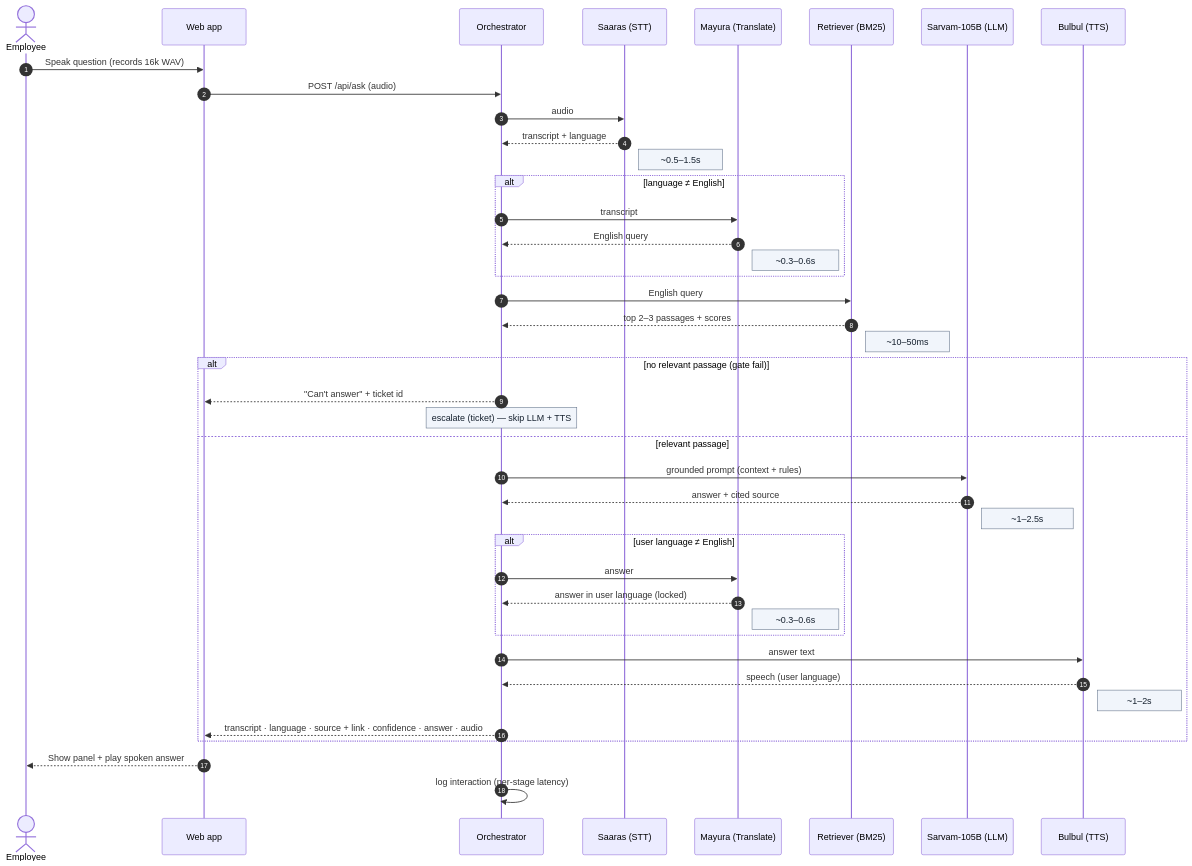
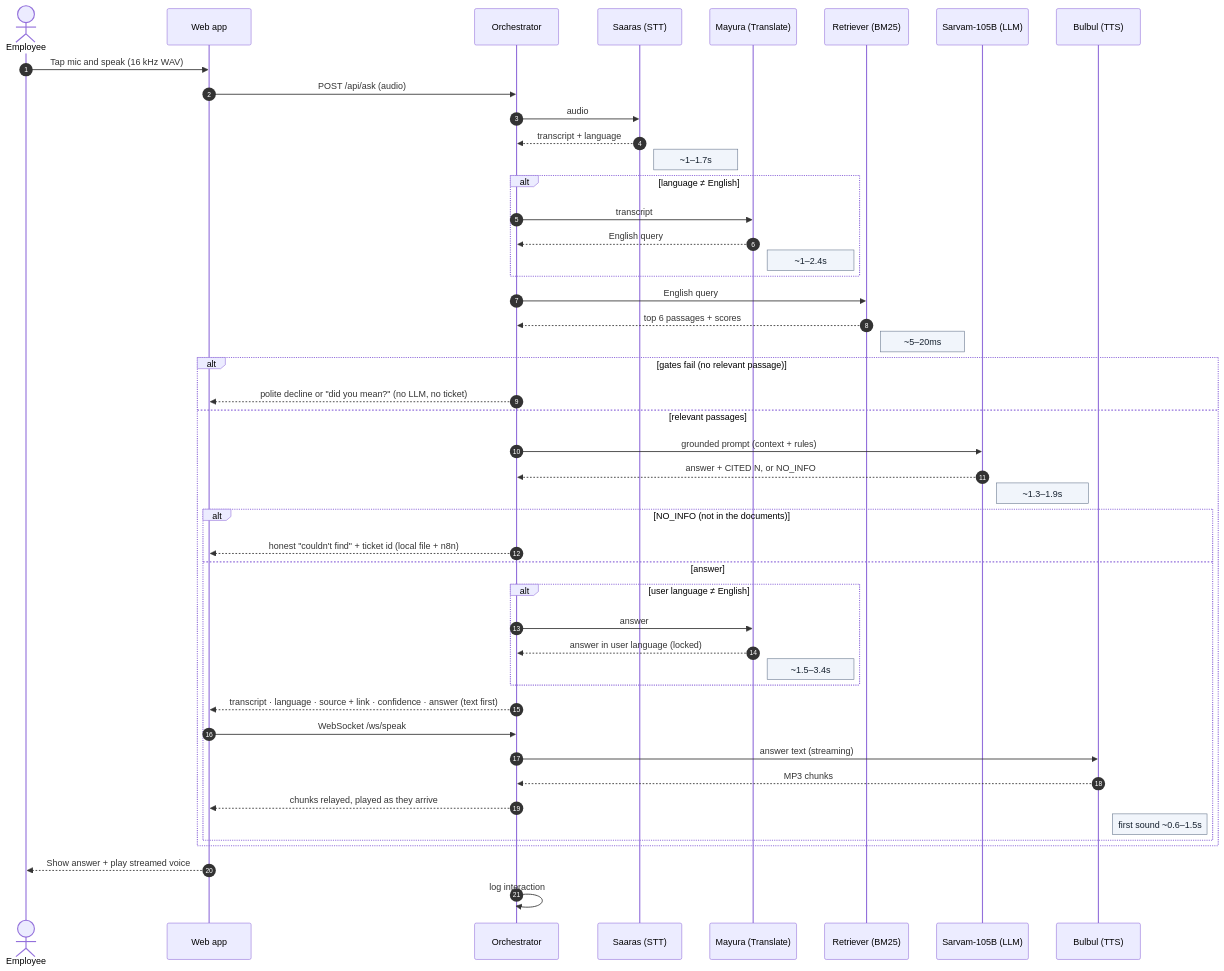
One commit to vihb09/pnb-sahayak changed the third of 6 diagrams in docs/architecture.md. Above: the diagram before and after it, drawn with Mermaid. The commit also changed other lines of this file and 8 other files, not shown here.

First line of the commit message:
Docs: bring diagrams, architecture doc, README and decks up to date

````diff
--- a/docs/architecture.md
+++ b/docs/architecture.md
@@ -150,46 +155,51 @@
 ```mermaid
 %%{init: {'themeVariables': {'noteBkgColor':'#F1F5FB','noteBorderColor':'#64748B','noteTextColor':'#15202E'}}}%%
 sequenceDiagram
     autonumber
     actor E as Employee
     participant W as Web app
     participant O as Orchestrator
     participant S as Saaras (STT)
     participant M as Mayura (Translate)
     participant R as Retriever (BM25)
     participant L as Sarvam-105B (LLM)
     participant B as Bulbul (TTS)
 
-    E->>W: Speak question (records 16k WAV)
+    E->>W: Tap mic and speak (16 kHz WAV)
     W->>O: POST /api/ask (audio)
     O->>S: audio
     S-->>O: transcript + language
-    Note right of S: ~0.5–1.5s
+    Note right of S: ~1–1.7s
     alt language ≠ English
         O->>M: transcript
         M-->>O: English query
-        Note right of M: ~0.3–0.6s
+        Note right of M: ~1–2.4s
     end
     O->>R: English query
-    R-->>O: top 2–3 passages + scores
-    Note right of R: ~10–50ms
-    alt no relevant passage (gate fail)
-        O-->>W: "Can't answer" + ticket id
-        Note over O: escalate (ticket) — skip LLM + TTS
-    else relevant passage
+    R-->>O: top 6 passages + scores
+    Note right of R: ~5–20ms
+    alt gates fail (no relevant passage)
+        O-->>W: polite decline or "did you mean?" (no LLM, no ticket)
+    else relevant passages
         O->>L: grounded prompt (context + rules)
-        L-->>O: answer + cited source
-        Note right of L: ~1–2.5s
-        alt user language ≠ English
-            O->>M: answer
-            M-->>O: answer in user language (locked)
-            Note right of M: ~0.3–0.6s
+        L-->>O: answer + CITED N, or NO_INFO
+        Note right of L: ~1.3–1.9s
+        alt NO_INFO (not in the documents)
+            O-->>W: honest "couldn't find" + ticket id (local file + n8n)
+        else answer
+            alt user language ≠ English
+                O->>M: answer
+                M-->>O: answer in user language (locked)
+                Note right of M: ~1.5–3.4s
+            end
+            O-->>W: transcript · language · source + link · confidence · answer (text first)
+            W->>O: WebSocket /ws/speak
+            O->>B: answer text (streaming)
+            B-->>O: MP3 chunks
+            O-->>W: chunks relayed, played as they arrive
+            Note right of B: first sound ~0.6–1.5s
         end
-        O->>B: answer text
-        B-->>O: speech (user language)
-        Note right of B: ~1–2s
-        O-->>W: transcript · language · source + link · confidence · answer · audio
     end
-    W-->>E: Show panel + play spoken answer
-    O->>O: log interaction (per-stage latency)
+    W-->>E: Show answer + play streamed voice
+    O->>O: log interaction
 ```
````
